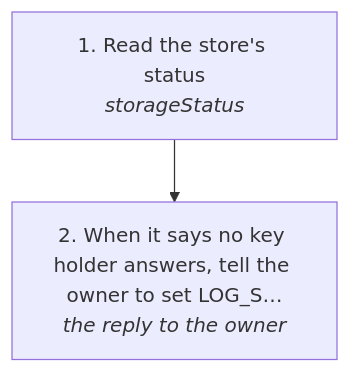
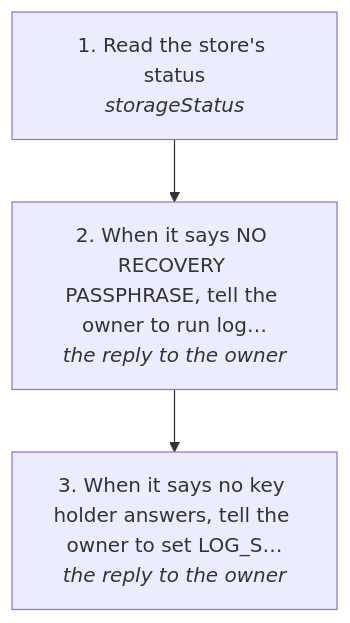
One commit to aggelos-pappas/log changed the diagram in docs/useCases/log/secretStore.md. Above: the diagram before and after it, drawn with Mermaid. The commit also changed other lines of this file and 14 other files, not shown here.

First line of the commit message:
feat(storage): recovery passphrase that reopens sealed secrets on a new machine (#258)

````diff
--- a/docs/useCases/log/secretStore.md
+++ b/docs/useCases/log/secretStore.md
@@ -14,6 +14,8 @@
 ```mermaid
 flowchart TD
   s0["1. Read the store's status<br/><i>storageStatus</i>"]
-  s1["2. When it says no key holder answers, tell the owner to set LOG_S…<br/><i>the reply to the owner</i>"]
+  s1["2. When it says NO RECOVERY PASSPHRASE, tell the owner to run log…<br/><i>the reply to the owner</i>"]
+  s2["3. When it says no key holder answers, tell the owner to set LOG_S…<br/><i>the reply to the owner</i>"]
   s0 --> s1
+  s1 --> s2
 ```
````
